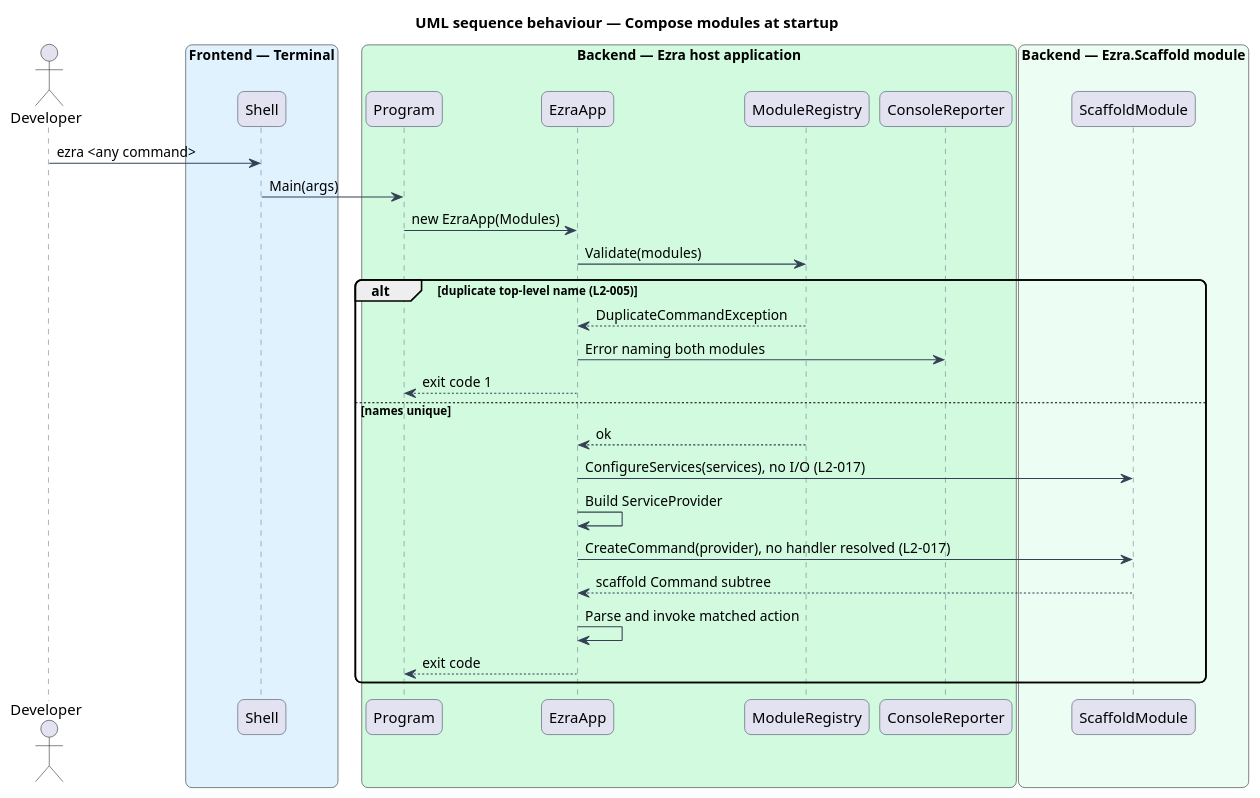
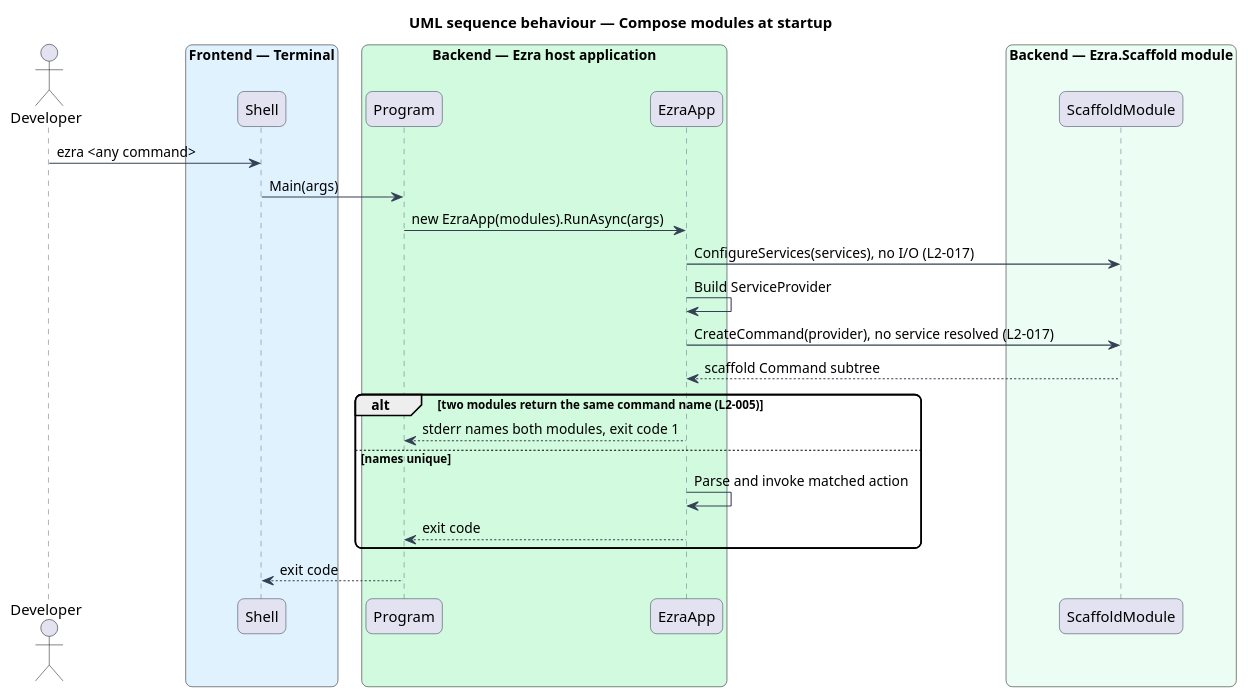
One commit to QuinntyneBrown/ezra changed the diagram in docs/detailed-designs/cli-host/register-tool-modules/diagrams/sequence-startup.puml. Above: the diagram before and after it, drawn with PlantUML. The commit also changed 26 other files, not shown here.

First line of the commit message:
Verify lazy handler services and help startup time; align designs with code

```diff
--- a/docs/detailed-designs/cli-host/register-tool-modules/diagrams/sequence-startup.puml
+++ b/docs/detailed-designs/cli-host/register-tool-modules/diagrams/sequence-startup.puml
@@ -1,42 +1,37 @@
 @startuml
 title UML sequence behaviour — Compose modules at startup
 skinparam backgroundColor #FFFFFF
 skinparam shadowing false
 skinparam roundcorner 12
 skinparam defaultFontName Arial
 skinparam ArrowColor #344054
 skinparam sequence {
   ParticipantBorderColor #344054
   LifeLineBorderColor #667085
 }
 actor "Developer" as dev
 box "Frontend — Terminal" #E0F2FE
   participant "Shell" as shell
 end box
 box "Backend — Ezra host application" #D1FADF
   participant "Program" as program
   participant "EzraApp" as app
-  participant "ModuleRegistry" as registry
-  participant "ConsoleReporter" as reporter
 end box
 box "Backend — Ezra.Scaffold module" #ECFDF3
   participant "ScaffoldModule" as mod
 end box
 dev -> shell : ezra <any command>
 shell -> program : Main(args)
-program -> app : new EzraApp(Modules)
-app -> registry : Validate(modules)
-alt duplicate top-level name (L2-005)
-  registry --> app : DuplicateCommandException
-  app -> reporter : Error naming both modules
-  app --> program : exit code 1
+program -> app : new EzraApp(modules).RunAsync(args)
+app -> mod : ConfigureServices(services), no I/O (L2-017)
+app -> app : Build ServiceProvider
+app -> mod : CreateCommand(provider), no service resolved (L2-017)
+mod --> app : scaffold Command subtree
+alt two modules return the same command name (L2-005)
+  app --> program : stderr names both modules, exit code 1
 else names unique
-  registry --> app : ok
-  app -> mod : ConfigureServices(services), no I/O (L2-017)
-  app -> app : Build ServiceProvider
-  app -> mod : CreateCommand(provider), no handler resolved (L2-017)
-  mod --> app : scaffold Command subtree
   app -> app : Parse and invoke matched action
   app --> program : exit code
 end
+program --> shell : exit code
 @enduml
```
